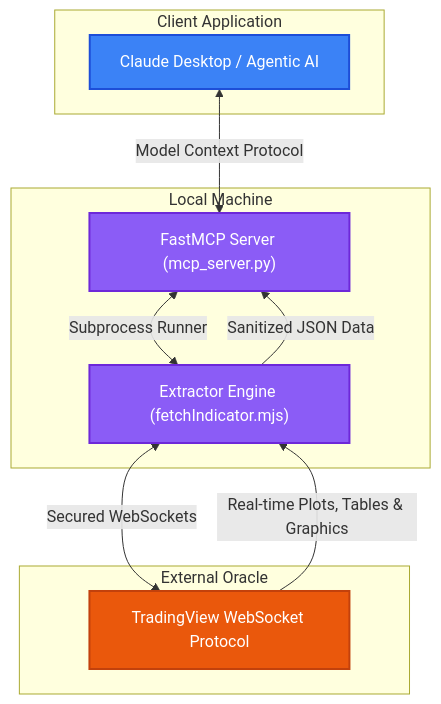
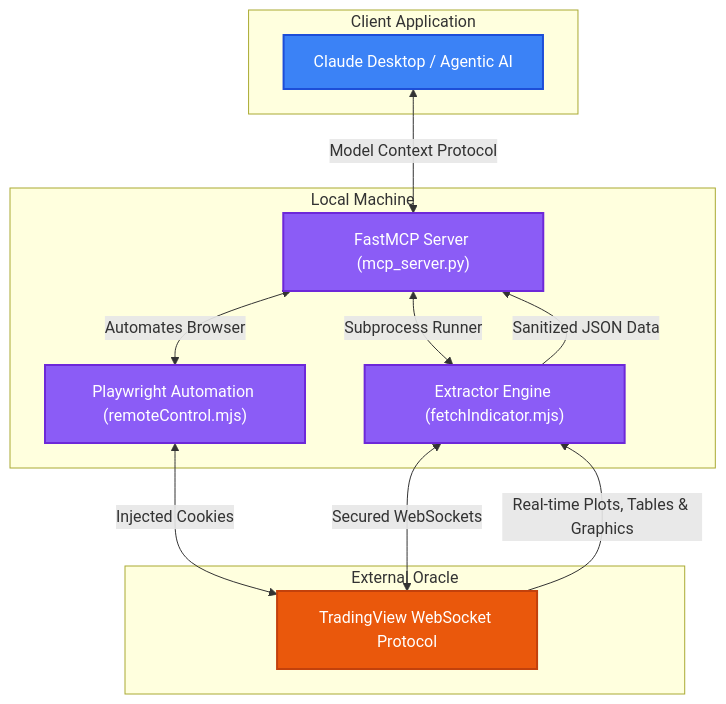
Before and after one commit to andreafinazziinfo/TV-Oracle-Bridge: the diagram in README.md, drawn with Mermaid. The commit also changed other lines of this file, not shown here.

````diff
--- a/README.md
+++ b/README.md
@@ -23,27 +34,30 @@
 ```mermaid
 graph TD
     %% Define Styles
     classDef client fill:#3b82f6,stroke:#1d4ed8,stroke-width:2px,color:#fff;
     classDef server fill:#8b5cf6,stroke:#6d28d9,stroke-width:2px,color:#fff;
     classDef external fill:#ea580c,stroke:#c2410c,stroke-width:2px,color:#fff;
     
     subgraph Client Application
         A["Claude Desktop / Agentic AI"]:::client
     end
     
     subgraph TV Oracle Bridge [Local Machine]
         B["FastMCP Server (mcp_server.py)"]:::server
         C["Extractor Engine (fetchIndicator.mjs)"]:::server
+        E["Playwright Automation (remoteControl.mjs)"]:::server
     end
     
     subgraph External Oracle
         D["TradingView WebSocket Protocol"]:::external
     end
 
     %% Connections
     A <-->|Model Context Protocol| B
     B <-->|Subprocess Runner| C
+    B <-->|Automates Browser| E
+    E <-->|Injected Cookies| D
     C <-->|Secured WebSockets| D
     D -->|Real-time Plots, Tables & Graphics| C
     C -->|Sanitized JSON Data| B
 ```
````
